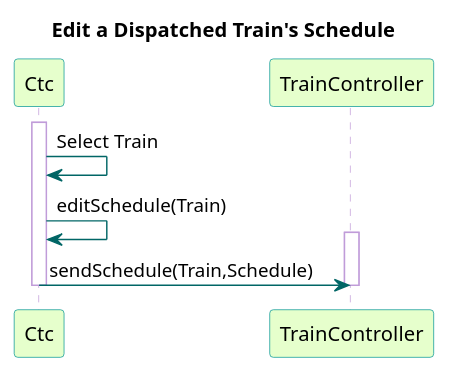
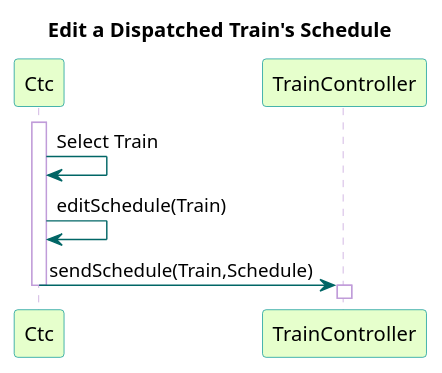
One commit to kevingilboy/COE1186 changed the diagram in TrainSystem/yUML/Sequence Diagrams/Overall/EditSchedule.pu. Above: the diagram before and after it, drawn with PlantUML.

Commit message:
Moved EditSchedule activation

```diff
--- a/TrainSystem/yUML/Sequence Diagrams/Overall/EditSchedule.pu
+++ b/TrainSystem/yUML/Sequence Diagrams/Overall/EditSchedule.pu
@@ -1,25 +1,26 @@
 @startuml
 
 title Edit a Dispatched Train's Schedule
 
 skinparam sequence {
   BackgroundColor transparent
   ParticipantBackgroundColor #e6ffcc
   ParticipantBorderColor 	#049595
   PackageBorderCOlor  #049595
   ArrowColor #006666
   LifeLineBorderColor #c09cd9
 }
 
 participant Ctc
 participant TrainController
 
 activate Ctc
 Ctc -> Ctc : Select Train
 Ctc -> Ctc : editSchedule(Train)
-activate TrainController
+
 Ctc -> TrainController : sendSchedule(Train,Schedule)
 deactivate Ctc
+activate TrainController
 deactivate TrainController
 
 @enduml
```
